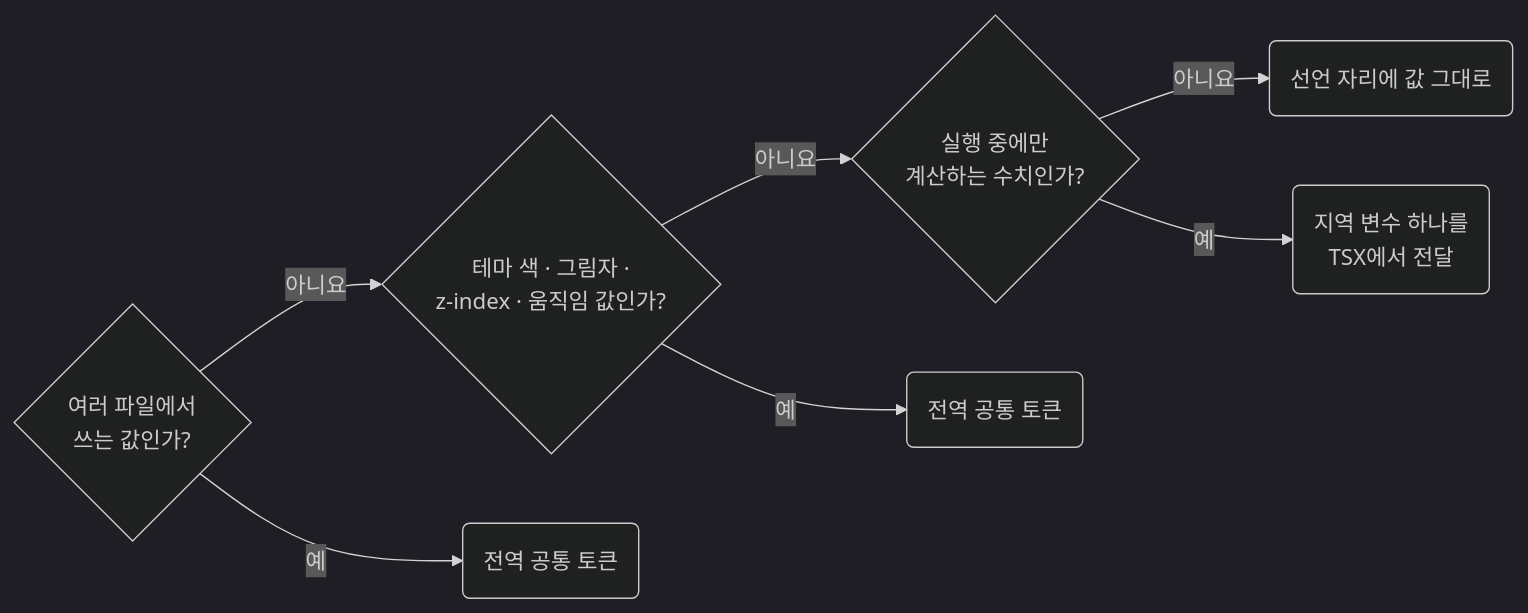
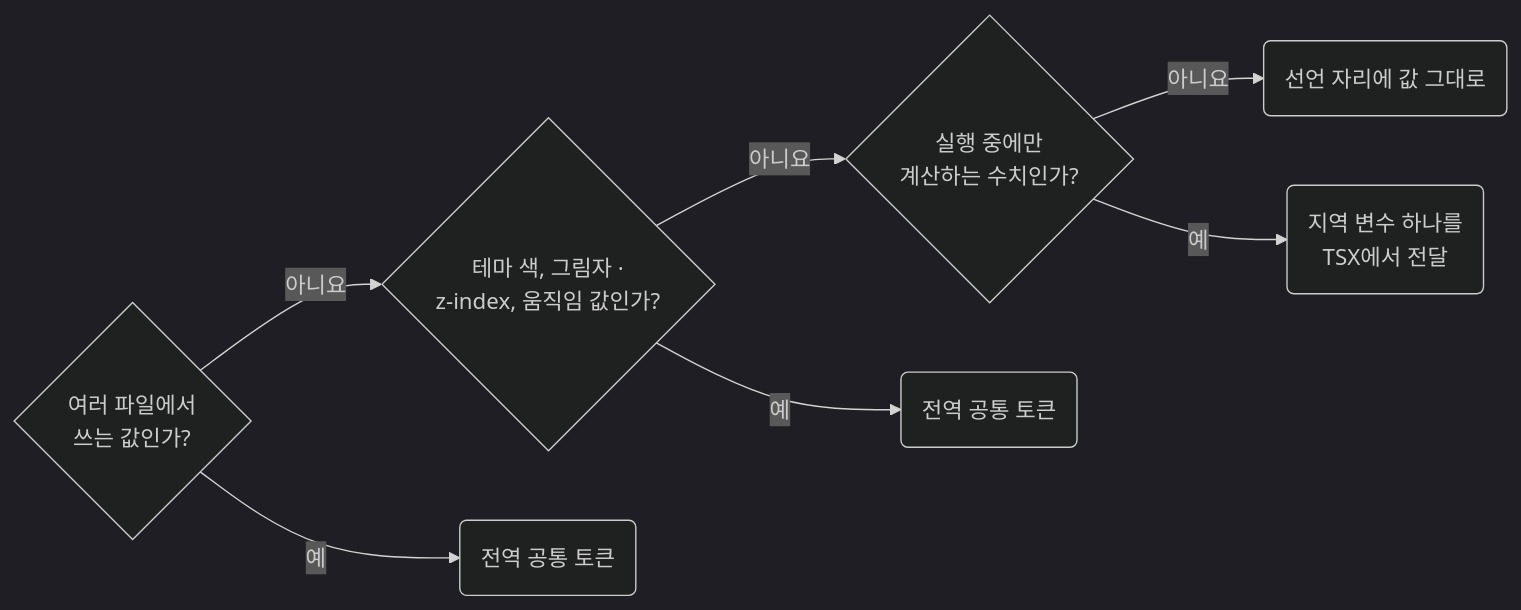
One commit to minu-ha/agent-conventions changed the diagram in skill/css/contracts/values-tokenize-repeated-visual-values.md. Above: the diagram before and after it, drawn with Mermaid (dark theme). The commit also changed other lines of this file and 194 other files, not shown here.

````diff
--- a/skill/css/contracts/values-tokenize-repeated-visual-values.md
+++ b/skill/css/contracts/values-tokenize-repeated-visual-values.md
@@ -9,7 +9,7 @@
 ```mermaid
 flowchart LR
-	q1{"여러 파일에서<br>쓰는 값인가?"} -- 아니요 --> q2{"테마 색 · 그림자 ·<br>z-index · 움직임 값인가?"} -- 아니요 --> q3{"실행 중에만<br>계산하는 수치인가?"} -- 아니요 --> r4("선언 자리에 값 그대로")
+	q1{"여러 파일에서<br>쓰는 값인가?"} -- 아니요 --> q2{"테마 색, 그림자 ·<br>z-index, 움직임 값인가?"} -- 아니요 --> q3{"실행 중에만<br>계산하는 수치인가?"} -- 아니요 --> r4("선언 자리에 값 그대로")
 	q1 -- 예 --> r1("전역 공통 토큰")
 	q2 -- 예 --> r2("전역 공통 토큰")
 	q3 -- 예 --> r3("지역 변수 하나를<br>TSX에서 전달")
 ```
````
